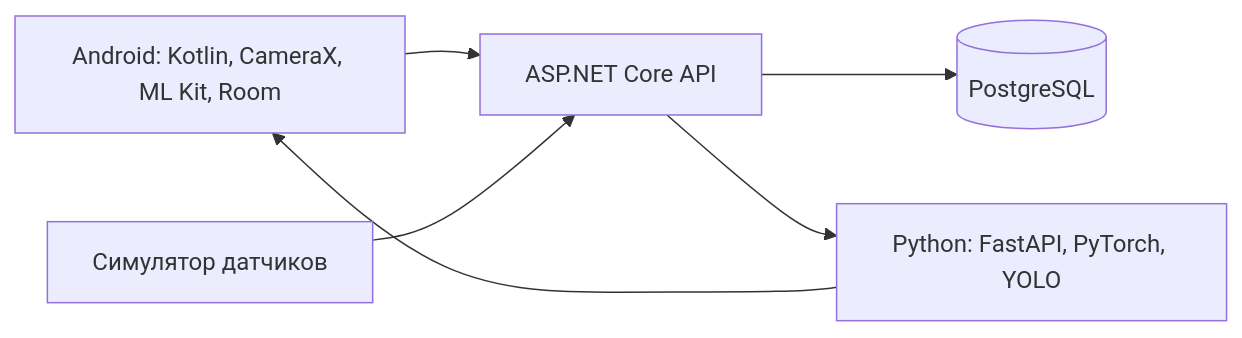
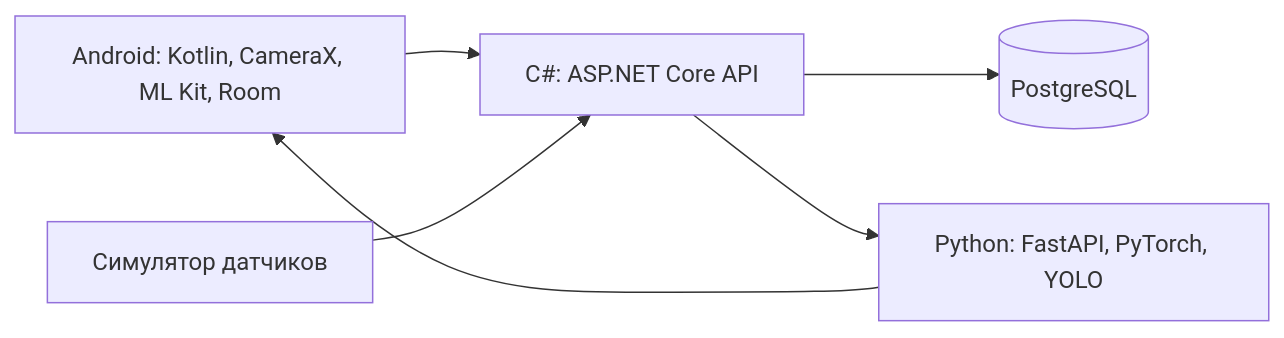
The diagram in README.md (Ta1Ryn/KST-Energo-RepairHack), drawn with Mermaid before and after one commit. The commit also changed other lines of this file and 5 other files, not shown here.

````diff
--- a/README.md
+++ b/README.md
@@ -37,8 +43,8 @@
 ```mermaid
 flowchart LR
-    T[Android: Kotlin, CameraX, ML Kit, Room] --> A[ASP.NET Core API]
+    T[Android: Kotlin, CameraX, ML Kit, Room] --> A[C#: ASP.NET Core API]
     A --> P[(PostgreSQL)]
     A --> C[Python: FastAPI, PyTorch, YOLO]
     S[Симулятор датчиков] --> A
     C --> T
 ```
````
